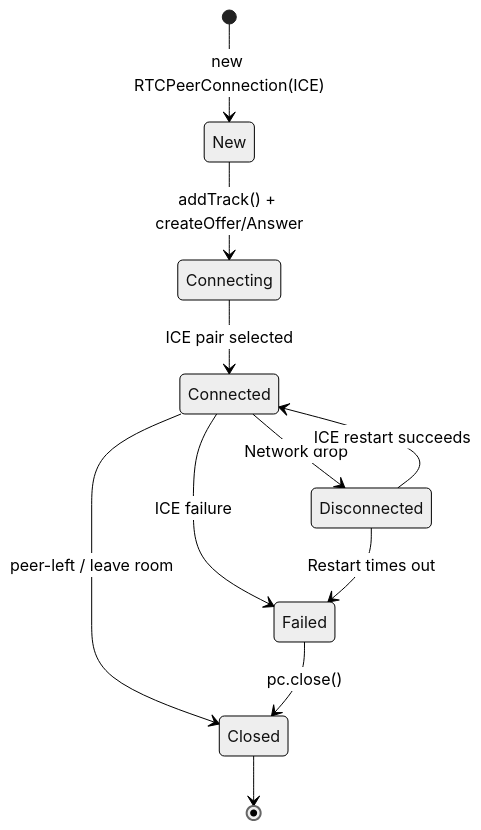
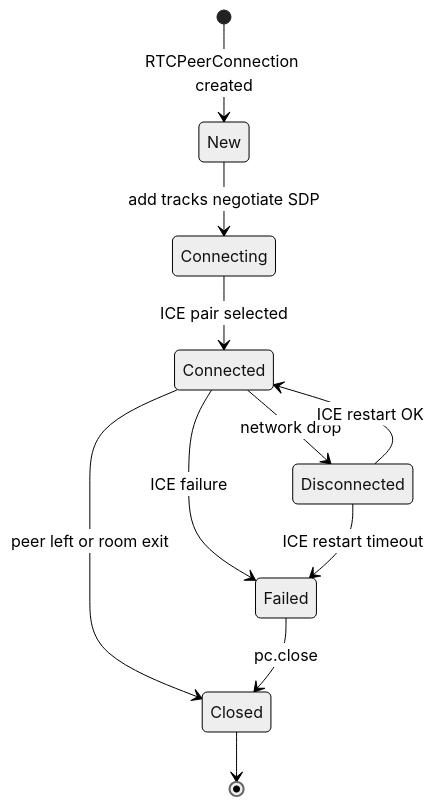
One commit to subhm2004/NexusRTC-Real-Time-Multi-Peer-Communication changed diagram 11 of 11 in README.md. Above: the diagram before and after it, drawn with Mermaid (neutral theme). The commit also changed other lines of this file, not shown here.

````diff
--- a/README.md
+++ b/README.md
@@ -530,13 +527,13 @@
 ```mermaid
 stateDiagram-v2
-  [*] --> New: new RTCPeerConnection(ICE)
-  New --> Connecting: addTrack() + createOffer/Answer
+  [*] --> New: RTCPeerConnection created
+  New --> Connecting: add tracks negotiate SDP
   Connecting --> Connected: ICE pair selected
-  Connected --> Disconnected: Network drop
+  Connected --> Disconnected: network drop
   Connected --> Failed: ICE failure
-  Disconnected --> Connected: ICE restart succeeds
-  Disconnected --> Failed: Restart times out
-  Connected --> Closed: peer-left / leave room
-  Failed --> Closed: pc.close()
+  Disconnected --> Connected: ICE restart OK
+  Disconnected --> Failed: ICE restart timeout
+  Connected --> Closed: peer left or room exit
+  Failed --> Closed: pc.close
   Closed --> [*]
 ```
````
